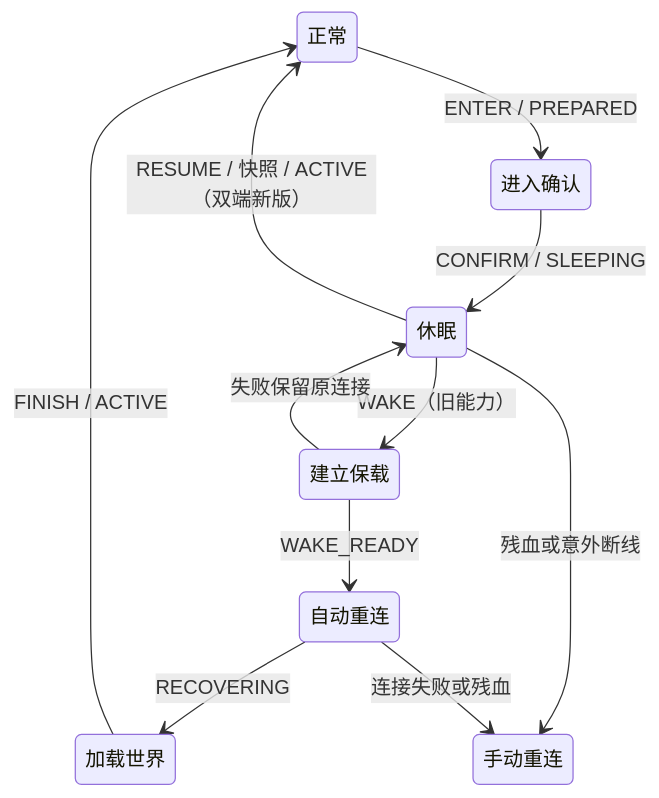
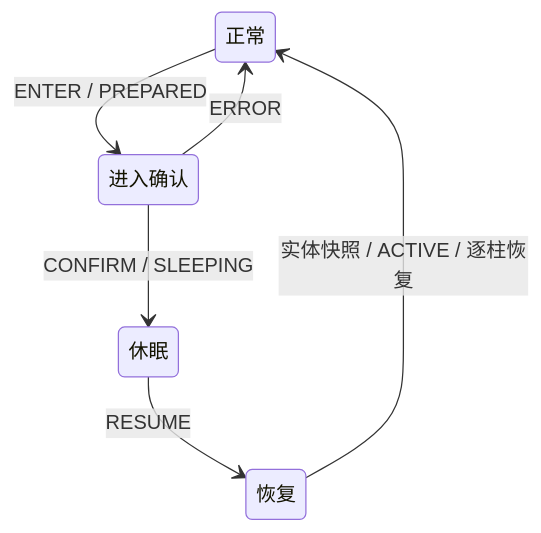
The diagram in docs/semi-online-sleep.md (limuqy/Hassium), drawn with Mermaid before and after one commit. The commit also changed other lines of this file and 80 other files, not shown here.

````diff
--- a/docs/semi-online-sleep.md
+++ b/docs/semi-online-sleep.md
@@ -36,13 +38,8 @@
 ```mermaid
 stateDiagram-v2
     正常 --> 进入确认: ENTER / PREPARED
     进入确认 --> 休眠: CONFIRM / SLEEPING
-    休眠 --> 正常: RESUME / 快照 / ACTIVE（双端新版）
-    休眠 --> 建立保载: WAKE（旧能力）
-    建立保载 --> 自动重连: WAKE_READY
-    建立保载 --> 休眠: 失败保留原连接
-    自动重连 --> 加载世界: RECOVERING
-    加载世界 --> 正常: FINISH / ACTIVE
-    休眠 --> 手动重连: 残血或意外断线
-    自动重连 --> 手动重连: 连接失败或残血
+    休眠 --> 恢复: RESUME
+    恢复 --> 正常: 实体快照 / ACTIVE / 逐柱恢复
+    进入确认 --> 正常: ERROR
 ```
````
